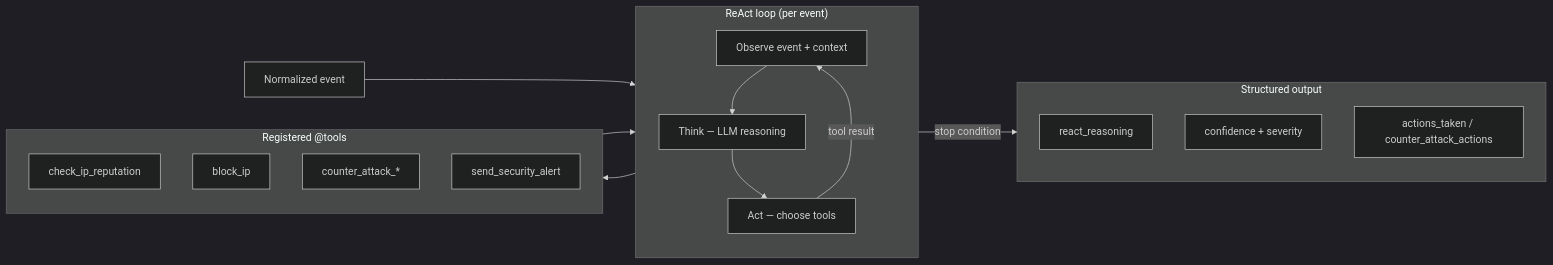
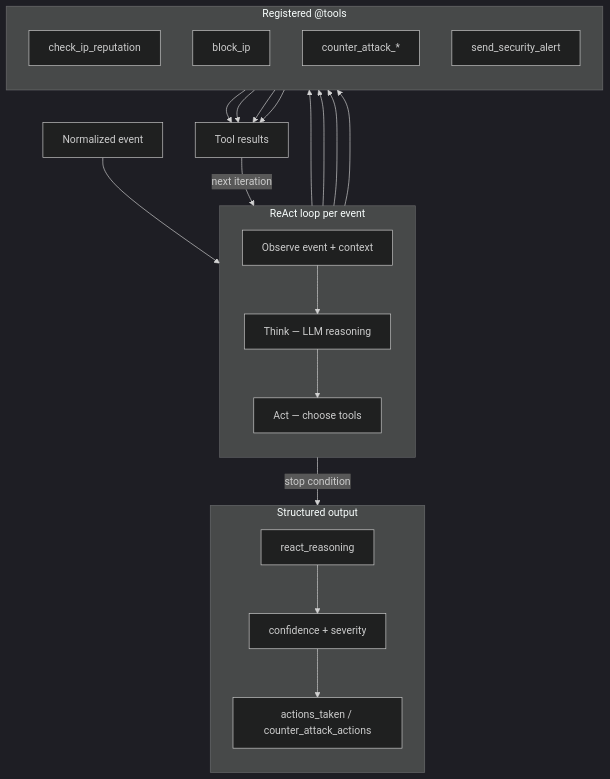
Before and after one commit to BrooksIan/FlinkDockerWithAgents: the third of 5 diagrams in docs/FLINK_AGENTS.md, drawn with Mermaid (dark theme). The commit also changed 2 other files, not shown here.

Commit message:
image update

````diff
--- a/docs/FLINK_AGENTS.md
+++ b/docs/FLINK_AGENTS.md
@@ -172,29 +172,36 @@
 ```mermaid
-flowchart LR
-    subgraph Loop["ReAct loop (per event)"]
+flowchart TB
+    EVT[Normalized event]
+
+    subgraph Loop["ReAct loop per event"]
         direction TB
         OBS[Observe event + context]
         TH[Think — LLM reasoning]
         ACT["Act — choose tools"]
         OBS --> TH --> ACT
-        ACT -->|tool result| OBS
     end
 
+    EVT --> OBS
+
     subgraph Tools["Registered @tools"]
+        direction TB
         R[check_ip_reputation]
         B[block_ip]
         CA[counter_attack_*]
         AL[send_security_alert]
     end
 
+    ACT --> R & B & CA & AL
+    R & B & CA & AL --> MERGE[Tool results]
+    MERGE -->|next iteration| OBS
+
     subgraph Result["Structured output"]
+        direction TB
         RS[react_reasoning]
         CF[confidence + severity]
         AA[actions_taken / counter_attack_actions]
     end
 
-    EVT[Normalized event] --> OBS
-    ACT --> Tools
-    Tools --> ACT
-    ACT -->|stop condition| Result
+    ACT -->|stop condition| RS
+    RS --> CF --> AA
 ```
````
